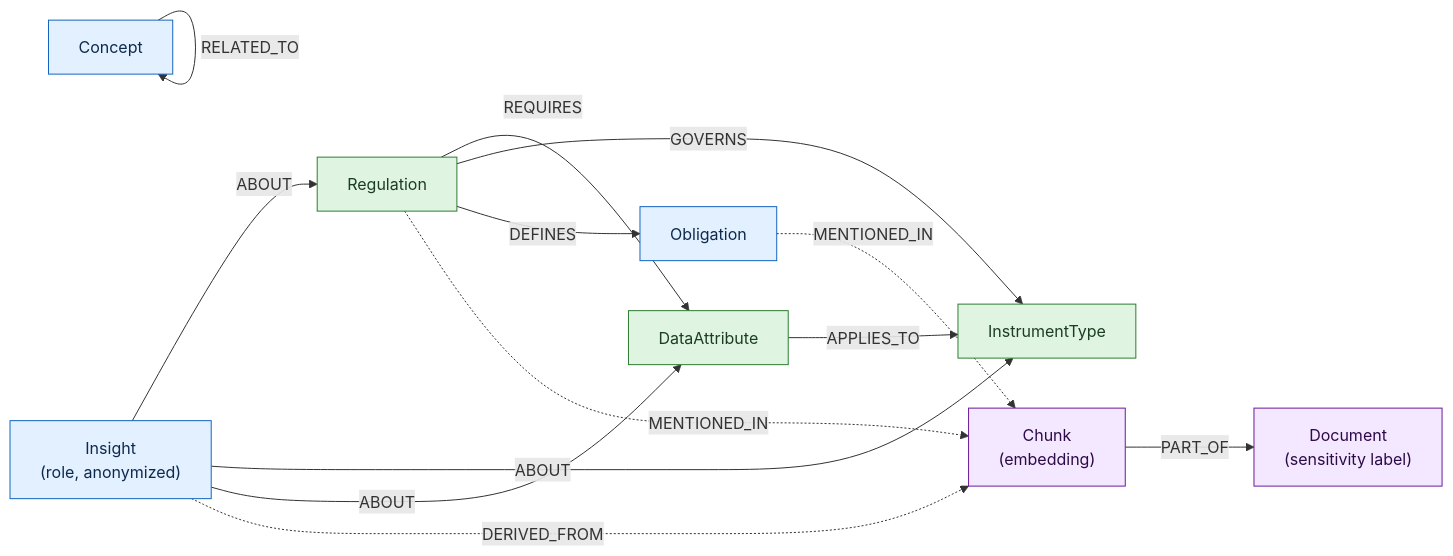
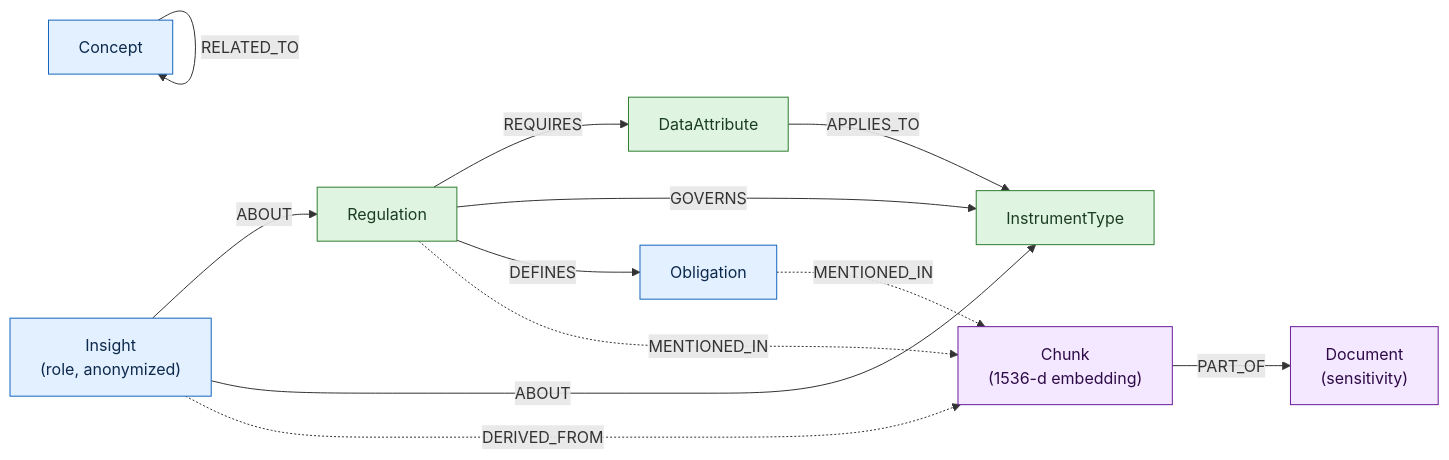
The third of 8 diagrams in planning/architecture.md (sidcommits/hackathon-ideation-kg), drawn with Mermaid before and after one commit. The commit also changed other lines of this file, not shown here.

First line of the commit message:
docs(architecture): expand to full-system architecture + illustration (8 Mermaid diagrams)

````diff
--- a/planning/architecture.md
+++ b/planning/architecture.md
@@ -55,36 +117,35 @@
 ```mermaid
 flowchart LR
     REG["Regulation"]
     ATTR["DataAttribute"]
     INST["InstrumentType"]
     OBL["Obligation"]
     CON["Concept"]
     INS["Insight<br/>(role, anonymized)"]
-    DOC["Document<br/>(sensitivity label)"]
-    CHK["Chunk<br/>(embedding)"]
+    DOC["Document<br/>(sensitivity)"]
+    CHK["Chunk<br/>(1536-d embedding)"]
 
-    %% Backbone — deterministic from spreadsheets
+    %% Backbone — deterministic
     REG -->|REQUIRES| ATTR
     ATTR -->|APPLIES_TO| INST
     REG -->|GOVERNS| INST
 
-    %% Reasoning layer — LLM-extracted
+    %% Reasoning — LLM-extracted
     REG -->|DEFINES| OBL
     INS -->|ABOUT| REG
     INS -->|ABOUT| INST
-    INS -->|ABOUT| ATTR
     CON -->|RELATED_TO| CON
 
     %% Provenance — everything traces home
     REG -.->|MENTIONED_IN| CHK
     OBL -.->|MENTIONED_IN| CHK
     INS -.->|DERIVED_FROM| CHK
     CHK -->|PART_OF| DOC
 
     classDef backbone fill:#dff5e1,stroke:#2e7d32,color:#1b3d22;
     classDef reason fill:#e3f0ff,stroke:#1565c0,color:#0d2a4d;
     classDef prov fill:#f3e8ff,stroke:#6a1b9a,color:#2e0a47;
     class REG,ATTR,INST backbone;
     class OBL,CON,INS reason;
     class DOC,CHK prov;
 ```
````
